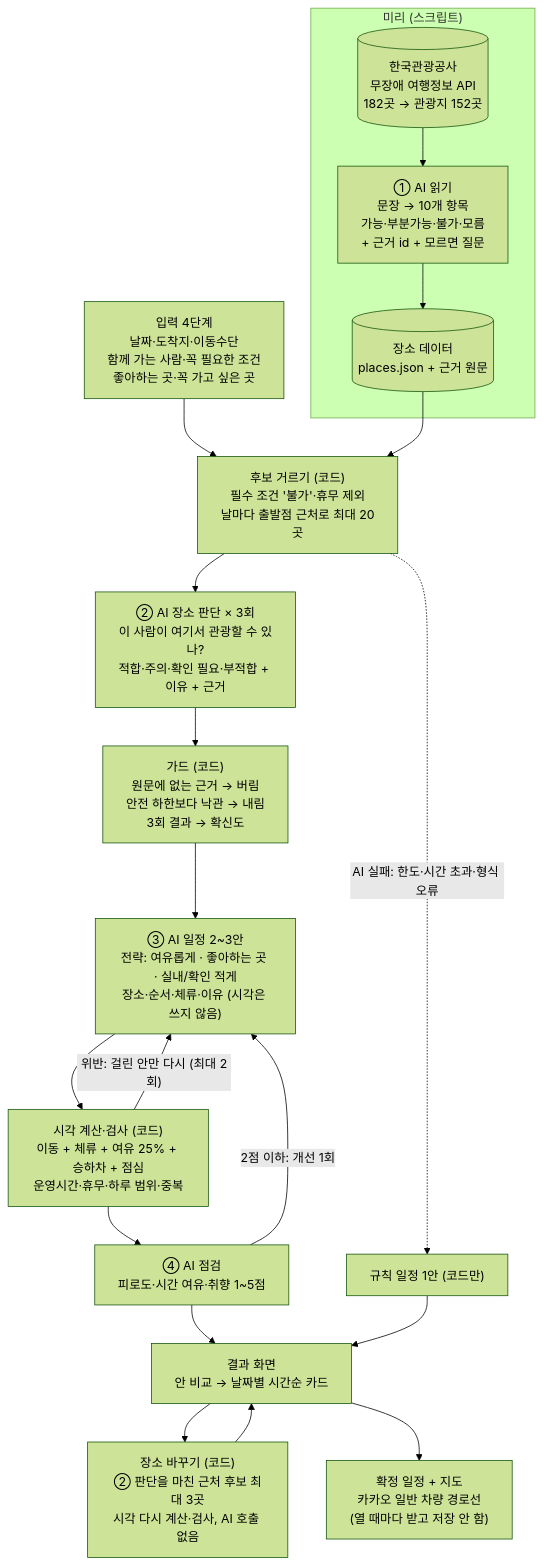
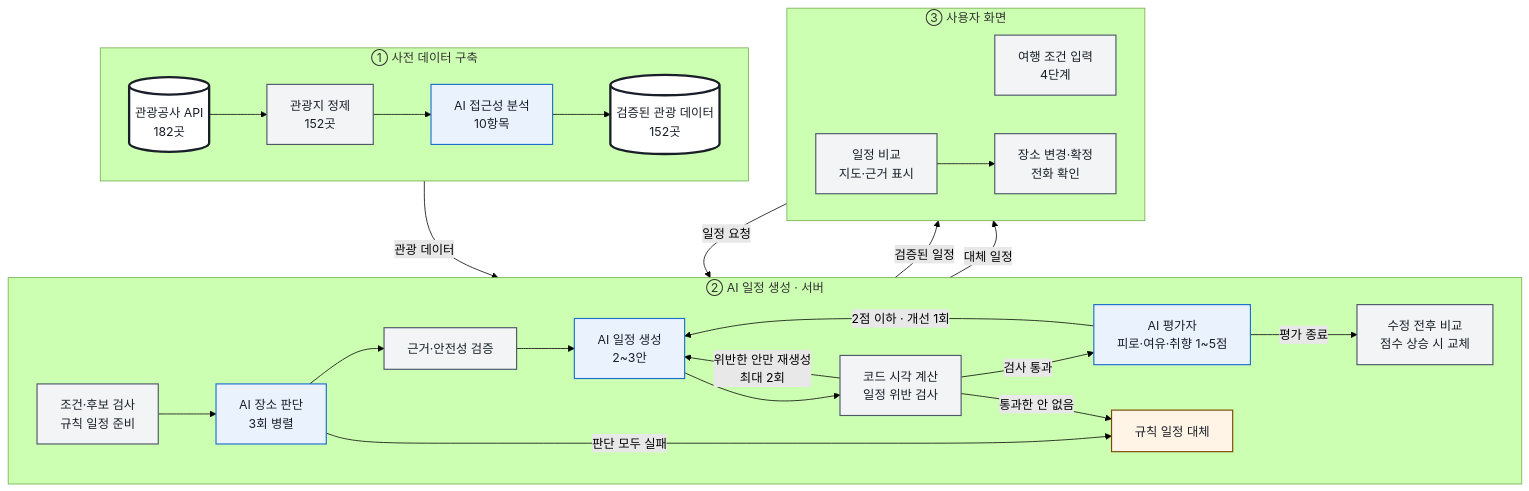
The diagram in README.md (ieumgil/ieumgil-ai), drawn with Mermaid (forest theme) before and after one commit. The commit also changed other lines of this file, not shown here.

Commit message:
docs: README 흐름도를 코드 기준으로 다시 그림(다시 짜기·평가자 고리, 색 구분), '점검'을 '평가자'로 통일

````diff
--- a/README.md
+++ b/README.md
@@ -68,25 +68,54 @@
 ```mermaid
 flowchart TB
-    subgraph PRE["미리 (스크립트)"]
-        D[("한국관광공사<br/>무장애 여행정보 API<br/>182곳 → 관광지 152곳")] --> R1["① AI 읽기<br/>문장 → 10개 항목<br/>가능·부분가능·불가·모름<br/>+ 근거 id + 모르면 질문"]
-        R1 --> P[("장소 데이터<br/>places.json + 근거 원문")]
+    subgraph PRE["① 사전 데이터 구축"]
+        direction LR
+        A1[("관광공사 API<br/>182곳")] --> A2["관광지 정제<br/>152곳"]
+        A2 --> A3["AI 접근성 분석<br/>10항목"]
+        A3 --> A4[("검증된 관광 데이터<br/>152곳")]
     end
 
-    A["입력 4단계<br/>날짜·도착지·이동수단<br/>함께 가는 사람·꼭 필요한 조건<br/>좋아하는 곳·꼭 가고 싶은 곳"] --> F
-    P --> F["후보 거르기 (코드)<br/>필수 조건 '불가'·휴무 제외<br/>날마다 출발점 근처로 최대 20곳"]
+    subgraph SERVER["② AI 일정 생성 · 서버"]
+        direction LR
+        S1["조건·후보 검사<br/>규칙 일정 준비"]
+        S2["AI 장소 판단<br/>3회 병렬"]
+        S3["근거·안전성 검증"]
+        S4["AI 일정 생성<br/>2~3안"]
+        S5["코드 시각 계산<br/>일정 위반 검사"]
+        S6["AI 평가자<br/>피로·여유·취향 1~5점"]
+        S7["수정 전후 비교<br/>점수 상승 시 교체"]
+        SF["규칙 일정 대체"]
 
-    F --> J["② AI 장소 판단 × 3회<br/>이 사람이 여기서 관광할 수 있나?<br/>적합·주의·확인 필요·부적합 + 이유 + 근거"]
-    J --> G["가드 (코드)<br/>원문에 없는 근거 → 버림<br/>안전 하한보다 낙관 → 내림<br/>3회 결과 → 확신도"]
-    G --> PL["③ AI 일정 2~3안<br/>전략: 여유롭게 · 좋아하는 곳 · 실내/확인 적게<br/>장소·순서·체류·이유 (시각은 쓰지 않음)"]
-    PL --> T["시각 계산·검사 (코드)<br/>이동 + 체류 + 여유 25% + 승하차 + 점심<br/>운영시간·휴무·하루 범위·중복"]
-    T -->|"위반: 걸린 안만 다시 (최대 2회)"| PL
-    T --> RV["④ AI 점검<br/>피로도·시간 여유·취향 1~5점"]
-    RV -->|"2점 이하: 개선 1회"| PL
-    RV --> S["결과 화면<br/>안 비교 → 날짜별 시간순 카드"]
-    S --> SW["장소 바꾸기 (코드)<br/>② 판단을 마친 근처 후보 최대 3곳<br/>시각 다시 계산·검사, AI 호출 없음"]
-    SW --> S
-    S --> FN["확정 일정 + 지도<br/>카카오 일반 차량 경로선<br/>(열 때마다 받고 저장 안 함)"]
+        S1 --> S2 --> S3 --> S4 --> S5
+        S5 -->|"위반한 안만 재생성<br/>최대 2회"| S4
+        S5 -->|검사 통과| S6
+        S6 -->|"2점 이하 · 개선 1회"| S4
+        S6 -->|평가 종료| S7
 
-    F -.->|"AI 실패: 한도·시간 초과·형식 오류"| FB["규칙 일정 1안 (코드만)"]
-    FB --> S
+        S2 -->|판단 모두 실패| SF
+        S5 -->|통과한 안 없음| SF
+    end
+
+    subgraph WEB["③ 사용자 화면"]
+        direction LR
+        C1["여행 조건 입력<br/>4단계"]
+        C2["일정 비교<br/>지도·근거 표시"]
+        C3["장소 변경·확정<br/>전화 확인"]
+
+        C2 --> C3
+    end
+
+    A4 -->|관광 데이터| S1
+    C1 -->|일정 요청| S1
+    S7 -->|검증된 일정| C2
+    SF -->|대체 일정| C2
+
+    classDef ai fill:#EAF2FD,stroke:#1E6FD0,stroke-width:1.5px,color:#191F28
+    classDef code fill:#F2F4F6,stroke:#4E5968,stroke-width:1.5px,color:#191F28
+    classDef data fill:#FFFFFF,stroke:#191F28,stroke-width:3px,color:#191F28
+    classDef fallback fill:#FFF4E5,stroke:#7A4A00,stroke-width:1.5px,color:#191F28
+
+    class A3,S2,S4,S6 ai
+    class A2,S1,S3,S5,S7,C1,C2,C3 code
+    class A1,A4 data
+    class SF fallback
 ```
````
